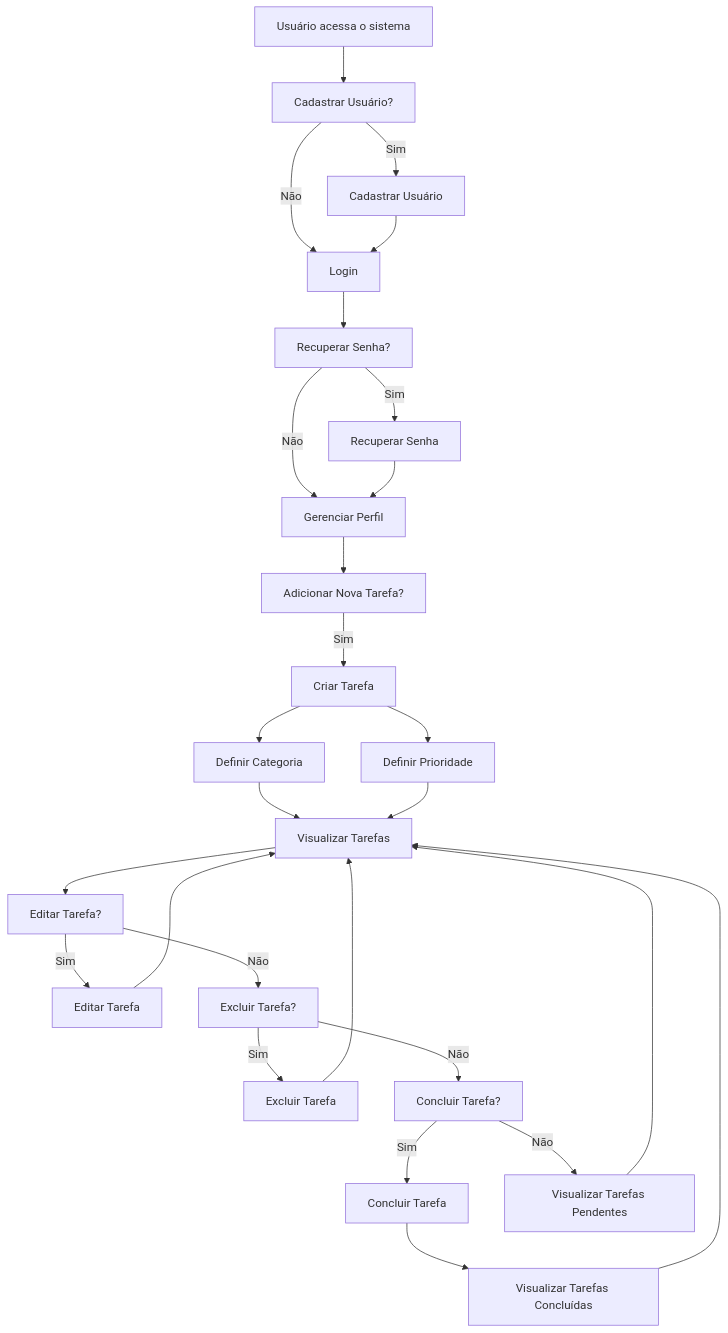
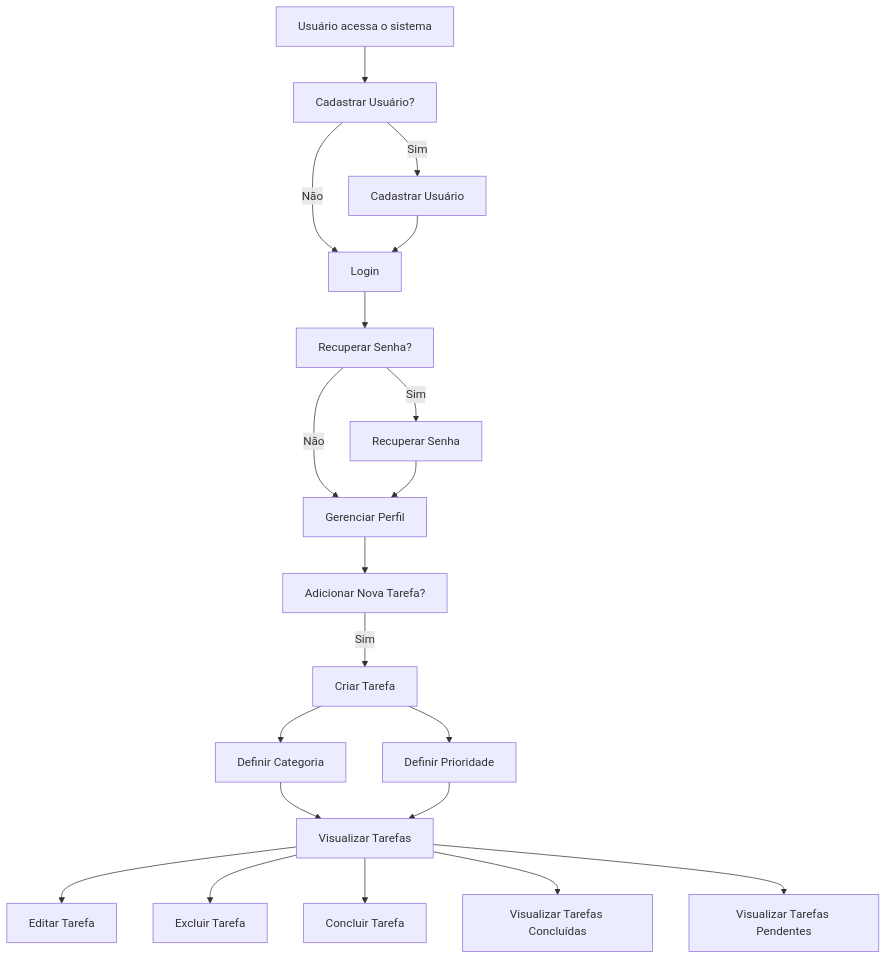
Before and after one commit to Paiva8859/NodeProjects: the third of 3 diagrams in ProjetoToDoList/README.md, drawn with Mermaid.

````diff
--- a/ProjetoToDoList/README.md
+++ b/ProjetoToDoList/README.md
@@ -164,29 +164,23 @@
 ```mermaid
 flowchart TD
     A[Usuário acessa o sistema] --> B[Cadastrar Usuário?]
     B --> |Sim| C[Cadastrar Usuário]
     B --> |Não| D[Login]
     C --> D
     D --> E[Recuperar Senha?]
     E --> |Sim| F[Recuperar Senha]
     E --> |Não| G[Gerenciar Perfil]
     F --> G
     G --> H[Adicionar Nova Tarefa?]
     H --> |Sim| I[Criar Tarefa]
     I --> J[Definir Categoria]
     I --> K[Definir Prioridade]
     J --> L[Visualizar Tarefas]
     K --> L
-    L --> M[Editar Tarefa?]
-    M --> |Sim| N[Editar Tarefa]
-    N --> L
-    M --> |Não| O[Excluir Tarefa?]
-    O --> |Sim| P[Excluir Tarefa]
-    P --> L
-    O --> |Não| Q[Concluir Tarefa?]
-    Q --> |Sim| R[Concluir Tarefa]
-    R --> S[Visualizar Tarefas Concluídas]
-    Q --> |Não| T[Visualizar Tarefas Pendentes]
-    S --> L
-    T --> L
+    L --> M[Editar Tarefa]
+    L --> N[Excluir Tarefa]
+    L --> O[Concluir Tarefa]
+    L --> P[Visualizar Tarefas Concluídas]
+    L --> Q[Visualizar Tarefas Pendentes]
+
 ```
````
